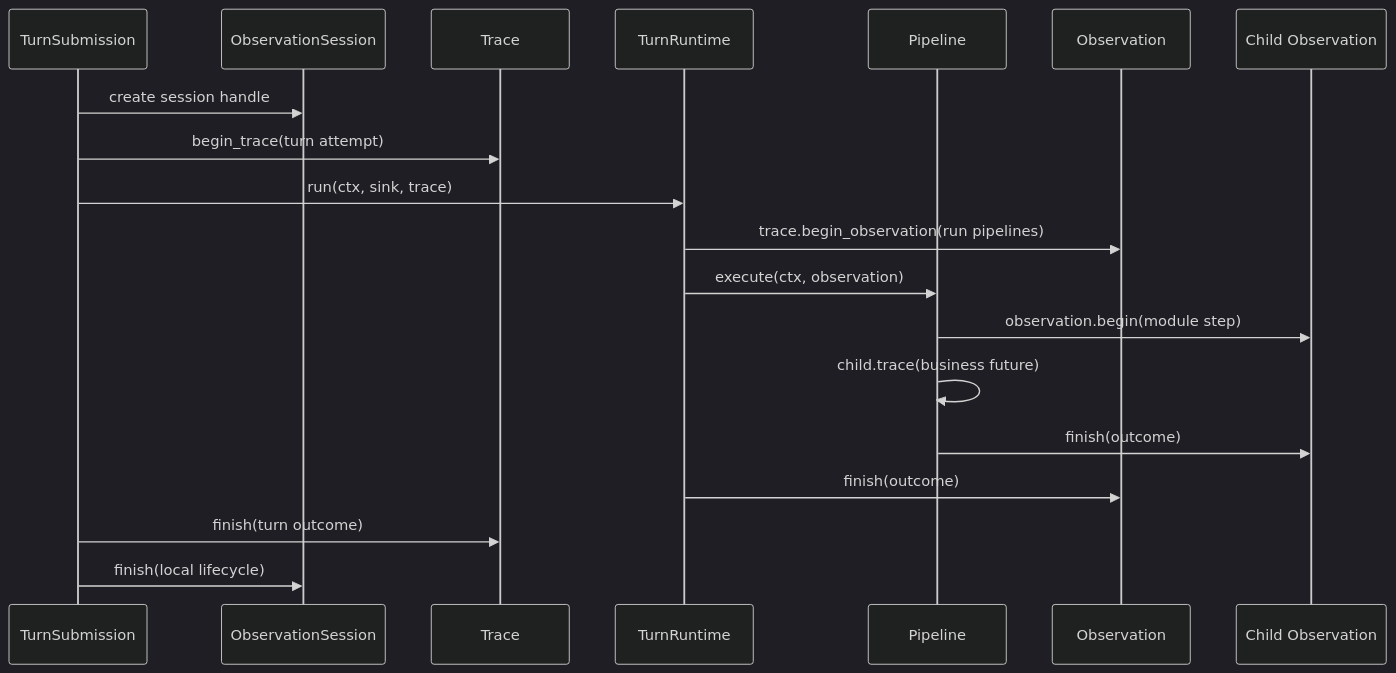
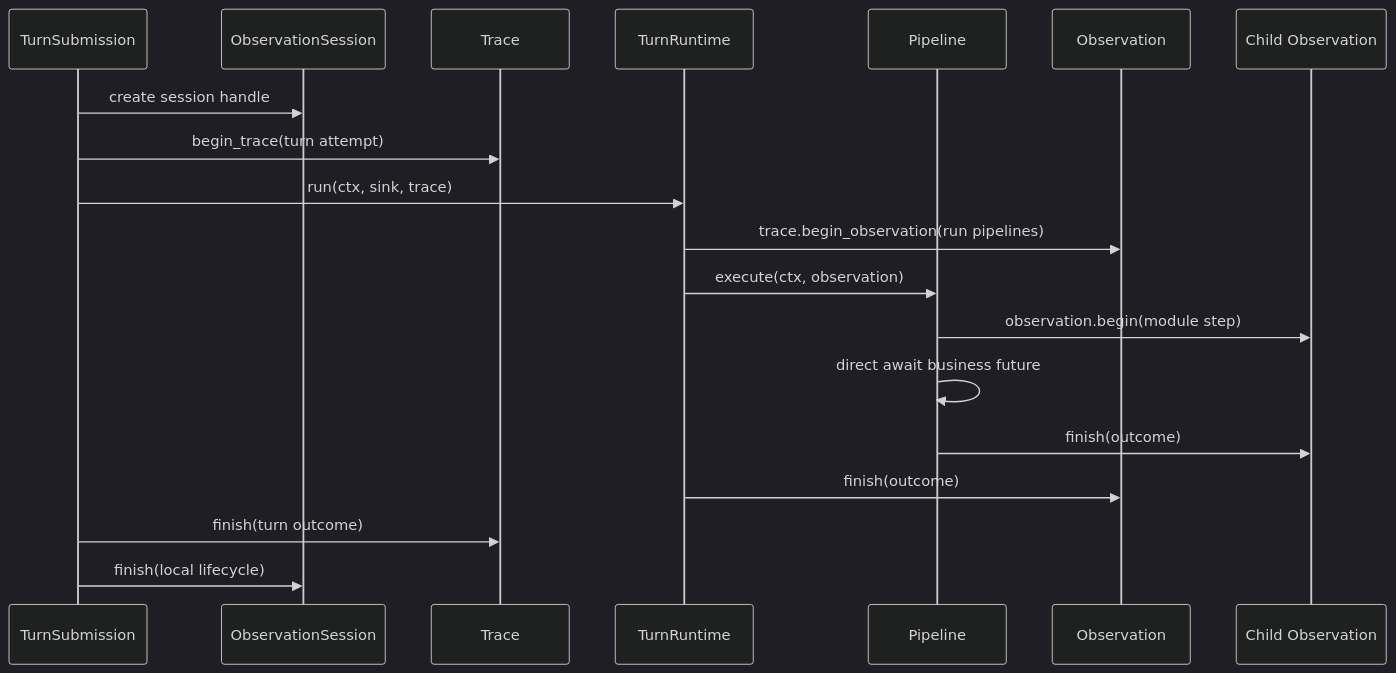
Before and after one commit to falconcali/aise: the second of 2 diagrams in doc/refactor/2026-09-25-langfuse-observability-model-refactor-gpt.md, drawn with Mermaid (dark theme). The commit also changed other lines of this file and 46 other files, not shown here.

First line of the commit message:
Refactor observability to explicit parent flow

````diff
--- a/doc/refactor/2026-09-25-langfuse-observability-model-refactor-gpt.md
+++ b/doc/refactor/2026-09-25-langfuse-observability-model-refactor-gpt.md
@@ -318,22 +315,22 @@
 ```mermaid
 sequenceDiagram
   participant Root as TurnSubmission
   participant S as ObservationSession
   participant T as Trace
   participant R as TurnRuntime
   participant P as Pipeline
   participant O as Observation
   participant C as Child Observation
 
   Root->>S: create session handle
   Root->>T: begin_trace(turn attempt)
   Root->>R: run(ctx, sink, trace)
   R->>O: trace.begin_observation(run pipelines)
   R->>P: execute(ctx, observation)
   P->>C: observation.begin(module step)
-  P->>P: child.trace(business future)
+  P->>P: direct await business future
   P->>C: finish(outcome)
   R->>O: finish(outcome)
   Root->>T: finish(turn outcome)
   Root->>S: finish(local lifecycle)
 ```
````
